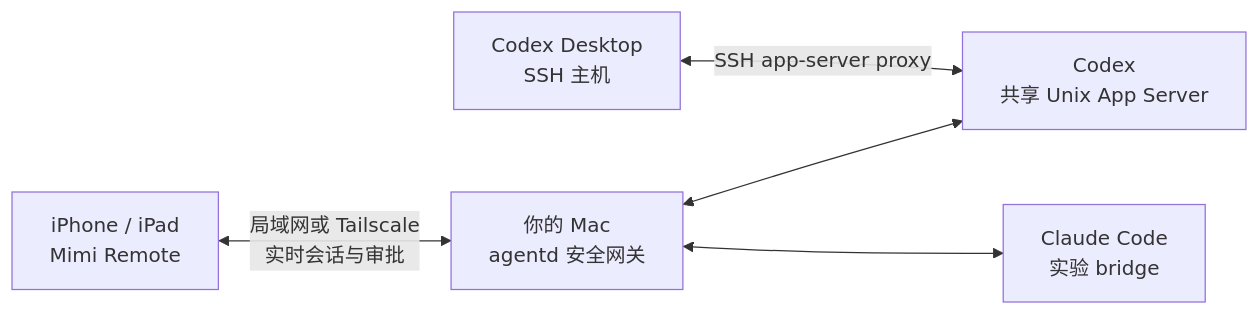
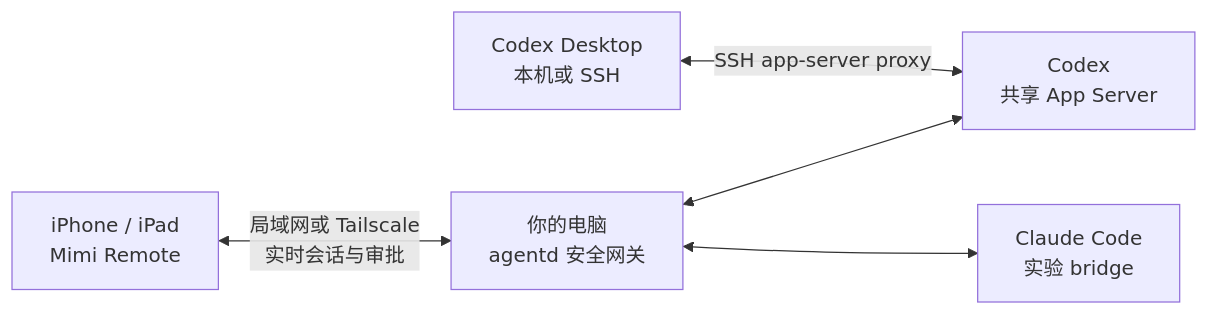
One commit to gaixianggeng/mimi-remote changed the diagram in README.zh-CN.md. Above: the diagram before and after it, drawn with Mermaid. The commit also changed other lines of this file and 2 other files, not shown here.

Commit message:
MIM-227 document Windows agentd support

````diff
--- a/README.zh-CN.md
+++ b/README.zh-CN.md
@@ -136,13 +136,13 @@
 ```mermaid
 flowchart LR
     Mobile["iPhone / iPad<br/>Mimi Remote"]
-    Gateway["你的 Mac<br/>agentd 安全网关"]
-    Codex["Codex<br/>共享 Unix App Server"]
-    Desktop["Codex Desktop<br/>SSH 主机"]
+    Gateway["你的电脑<br/>agentd 安全网关"]
+    Codex["Codex<br/>共享 App Server"]
+    Desktop["Codex Desktop<br/>本机或 SSH"]
     Claude["Claude Code<br/>实验 bridge"]
 
     Mobile <-->|"局域网或 Tailscale<br/>实时会话与审批"| Gateway
     Gateway <--> Codex
     Desktop <-->|"SSH app-server proxy"| Codex
     Gateway <--> Claude
 ```
````
